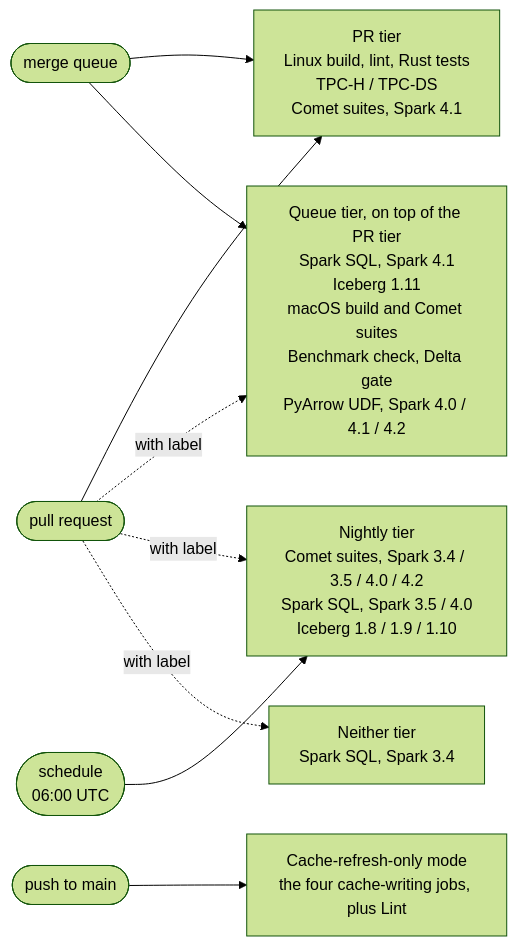
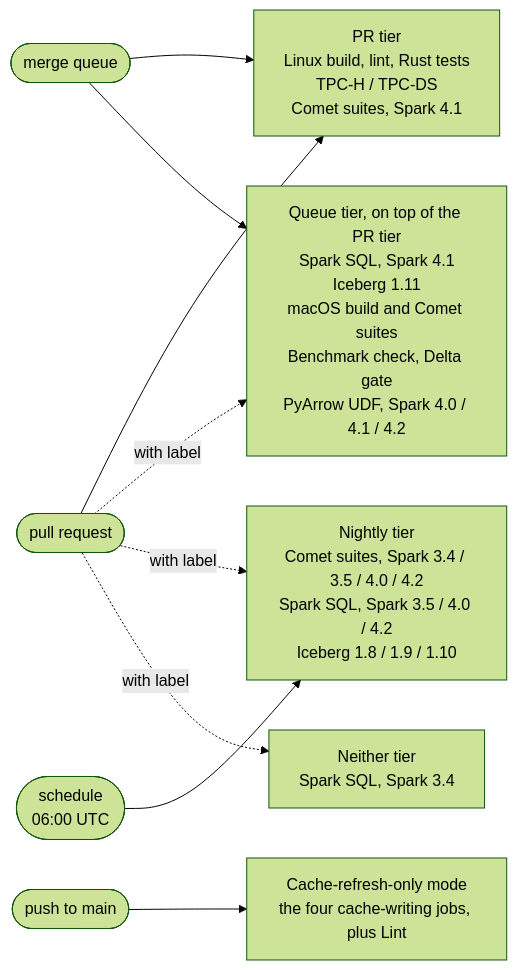
The diagram in docs/source/contributor-guide/ci.md (apache/datafusion-comet), drawn with Mermaid (forest theme) before and after one commit. The commit also changed other lines of this file, not shown here.

First line of the commit message:
docs: list Spark 4.2 in ci.md's nightly tier

````diff
--- a/docs/source/contributor-guide/ci.md
+++ b/docs/source/contributor-guide/ci.md
@@ -35,17 +35,17 @@
 ```mermaid
 flowchart LR
   PR([pull request]) --> PRTIER
   PR -. with label .-> QUEUE
   PR -. with label .-> NIGHTLY
   PR -. with label .-> S34
   MQ([merge queue]) --> PRTIER
   MQ --> QUEUE
   CRON([schedule<br>06:00 UTC]) --> NIGHTLY
   PUSH([push to main]) --> CACHE
 
   PRTIER["PR tier<br>Linux build, lint, Rust tests<br>TPC-H / TPC-DS<br>Comet suites, Spark 4.1"]
   QUEUE["Queue tier, on top of the PR tier<br>Spark SQL, Spark 4.1<br>Iceberg 1.11<br>macOS build and Comet suites<br>Benchmark check, Delta gate<br>PyArrow UDF, Spark 4.0 / 4.1 / 4.2"]
-  NIGHTLY["Nightly tier<br>Comet suites, Spark 3.4 / 3.5 / 4.0 / 4.2<br>Spark SQL, Spark 3.5 / 4.0<br>Iceberg 1.8 / 1.9 / 1.10"]
+  NIGHTLY["Nightly tier<br>Comet suites, Spark 3.4 / 3.5 / 4.0 / 4.2<br>Spark SQL, Spark 3.5 / 4.0 / 4.2<br>Iceberg 1.8 / 1.9 / 1.10"]
   S34["Neither tier<br>Spark SQL, Spark 3.4"]
   CACHE["Cache-refresh-only mode<br>the four cache-writing jobs, plus Lint"]
 ```
````
